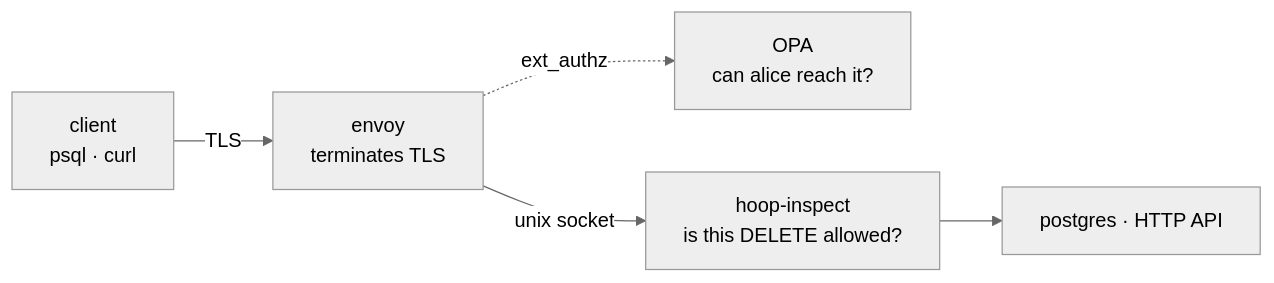
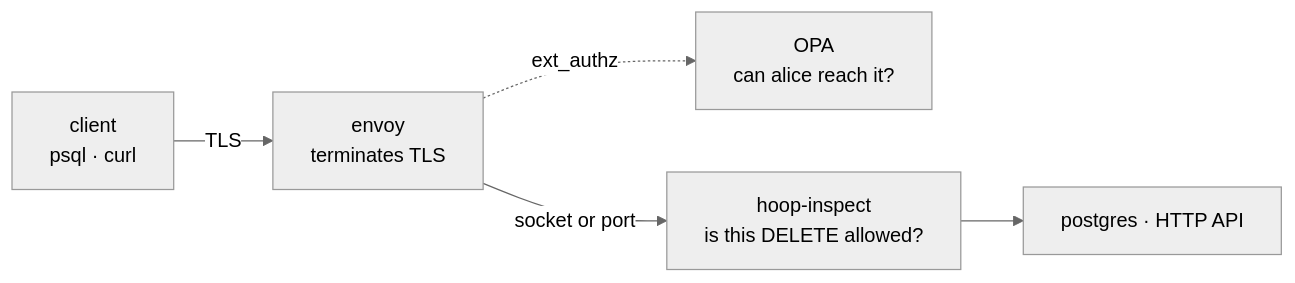
Before and after one commit to hoophq/documentation: the diagram in setup/configuration/hoop-inspect/get-started.mdx, drawn with Mermaid (neutral theme). The commit also changed other lines of this file and 2 other files, not shown here.

````diff
--- a/setup/configuration/hoop-inspect/get-started.mdx
+++ b/setup/configuration/hoop-inspect/get-started.mdx
@@ -10,7 +10,7 @@
 ```mermaid
 flowchart LR
     C["client<br/>psql · curl"] -->|TLS| E["envoy<br/>terminates TLS"]
     E -.->|ext_authz| O["OPA<br/>can alice reach it?"]
-    E -->|unix socket| H["hoop-inspect<br/>is this DELETE allowed?"]
+    E -->|socket or port| H["hoop-inspect<br/>is this DELETE allowed?"]
     H --> U["postgres · HTTP API"]
 ```
````
